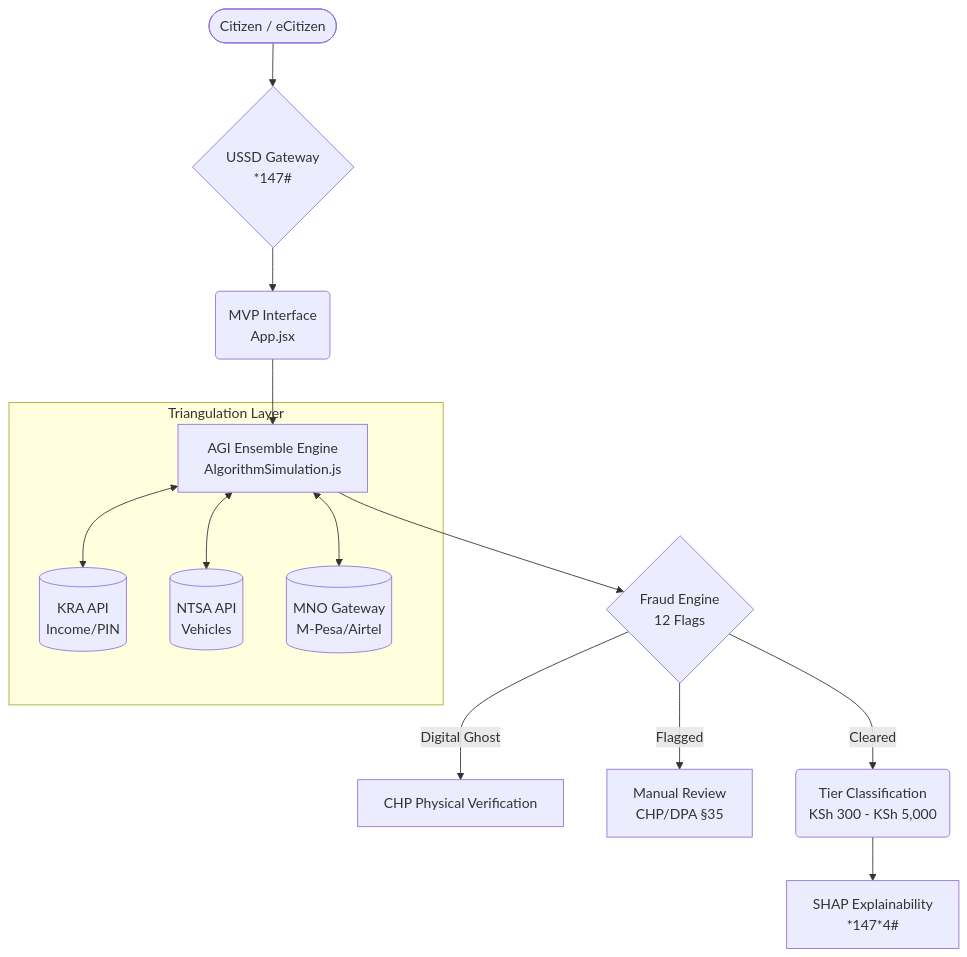
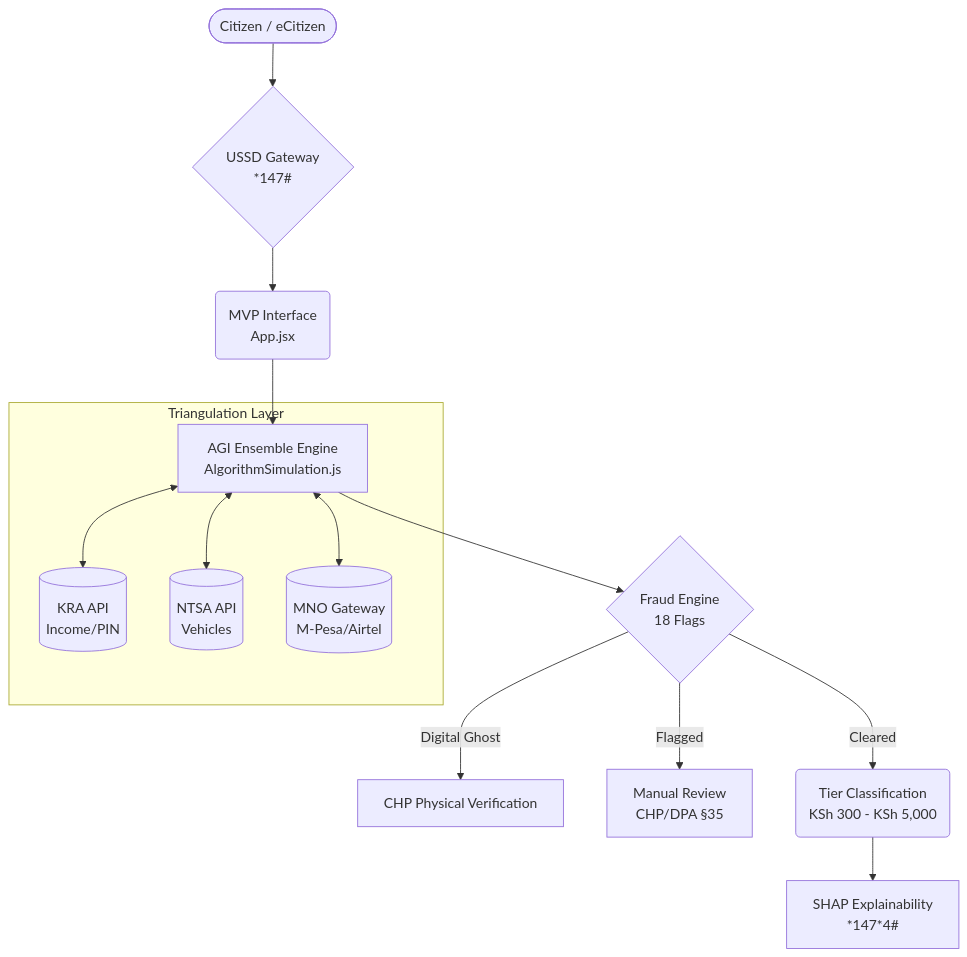
The diagram in README.md (pmkaulani/sha-pmt-reform), drawn with Mermaid before and after one commit. The commit also changed other lines of this file, not shown here.

Commit message:
Update README with kraPinType and 18 fraud flags

````diff
--- a/README.md
+++ b/README.md
@@ -128,18 +131,18 @@
 ```mermaid
 flowchart TD
     Citizen([Citizen / eCitizen]) --> USSD{USSD Gateway \n*147#}
     USSD --> App(MVP Interface \nApp.jsx)
     App --> AGI[AGI Ensemble Engine \nAlgorithmSimulation.js]
     
     subgraph Triangulation Layer
         AGI <--> KRA[(KRA API\nIncome/PIN)]
         AGI <--> NTSA[(NTSA API\nVehicles)]
         AGI <--> MNO[(MNO Gateway\nM-Pesa/Airtel)]
     end
     
-    AGI --> Fraud{Fraud Engine \n12 Flags}
+    AGI --> Fraud{Fraud Engine \n18 Flags}
     Fraud -- Digital Ghost --> CHP[CHP Physical Verification]
     Fraud -- Flagged --> Manual[Manual Review \nCHP/DPA §35]
     Fraud -- Cleared --> Tier(Tier Classification \nKSh 300 - KSh 5,000)
     Tier --> SHAP[SHAP Explainability \n*147*4#]
 ```
````
